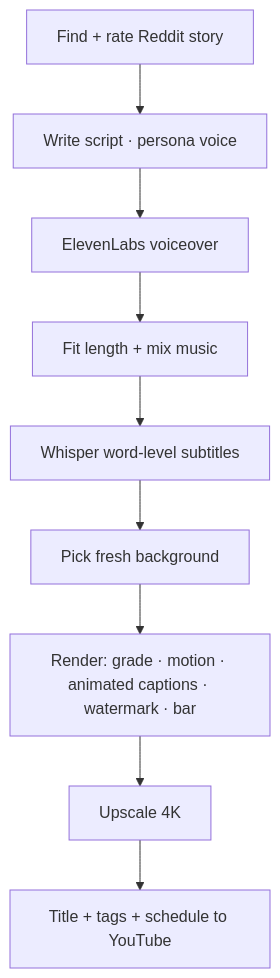
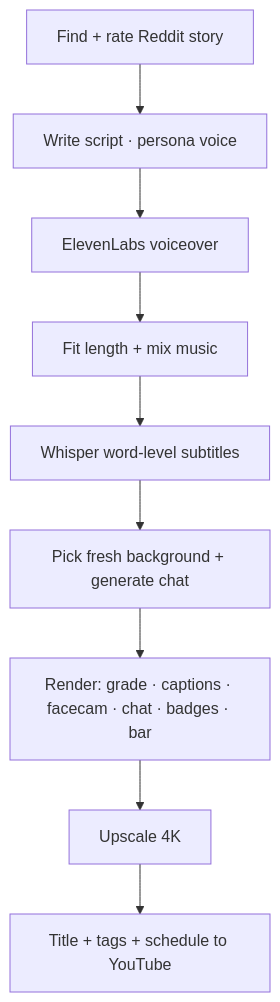
The diagram in README.md (FrenchFive/K100DRA), drawn with Mermaid before and after one commit. The commit also changed other lines of this file and 11 other files, not shown here.

````diff
--- a/README.md
+++ b/README.md
@@ -123,11 +158,11 @@
 ```mermaid
 graph TD;
   A[Find + rate Reddit story] --> B[Write script · persona voice];
   B --> C[ElevenLabs voiceover];
   C --> D[Fit length + mix music];
   D --> E[Whisper word-level subtitles];
-  E --> F[Pick fresh background];
-  F --> G[Render: grade · motion · animated captions · watermark · bar];
+  E --> F[Pick fresh background + generate chat];
+  F --> G[Render: grade · captions · facecam · chat · badges · bar];
   G --> H[Upscale 4K];
   H --> I[Title + tags + schedule to YouTube];
 ```
````
